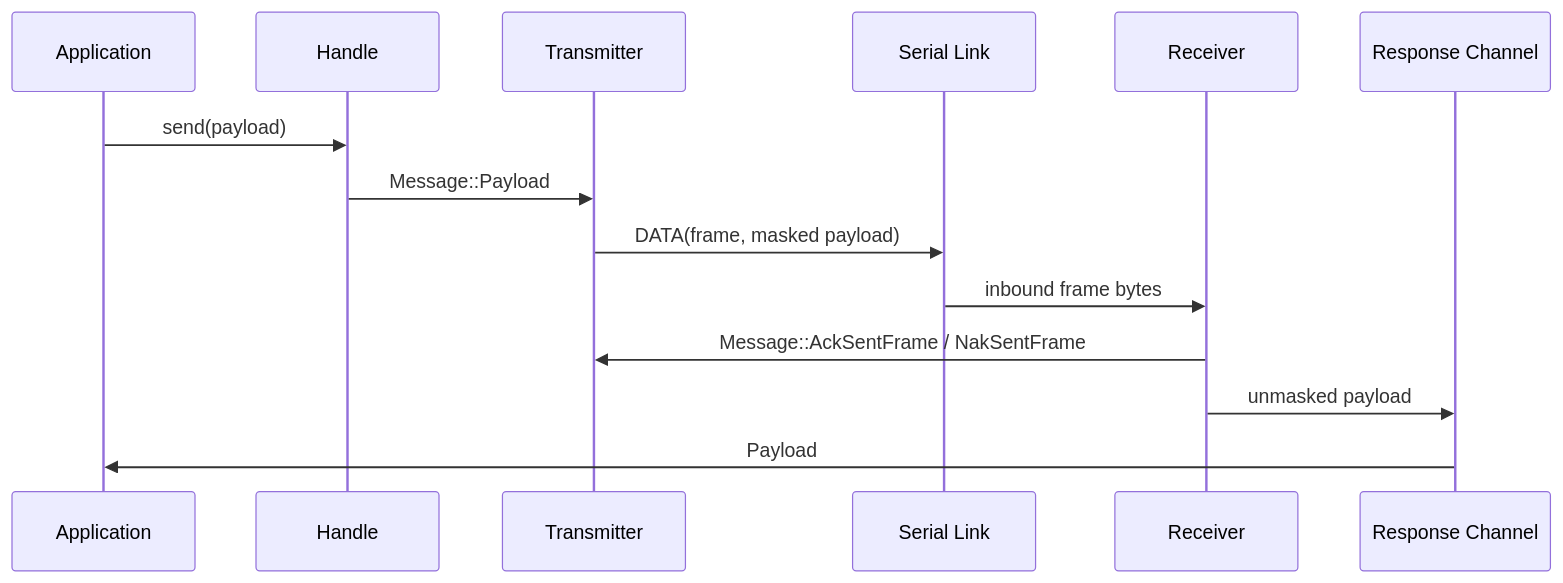
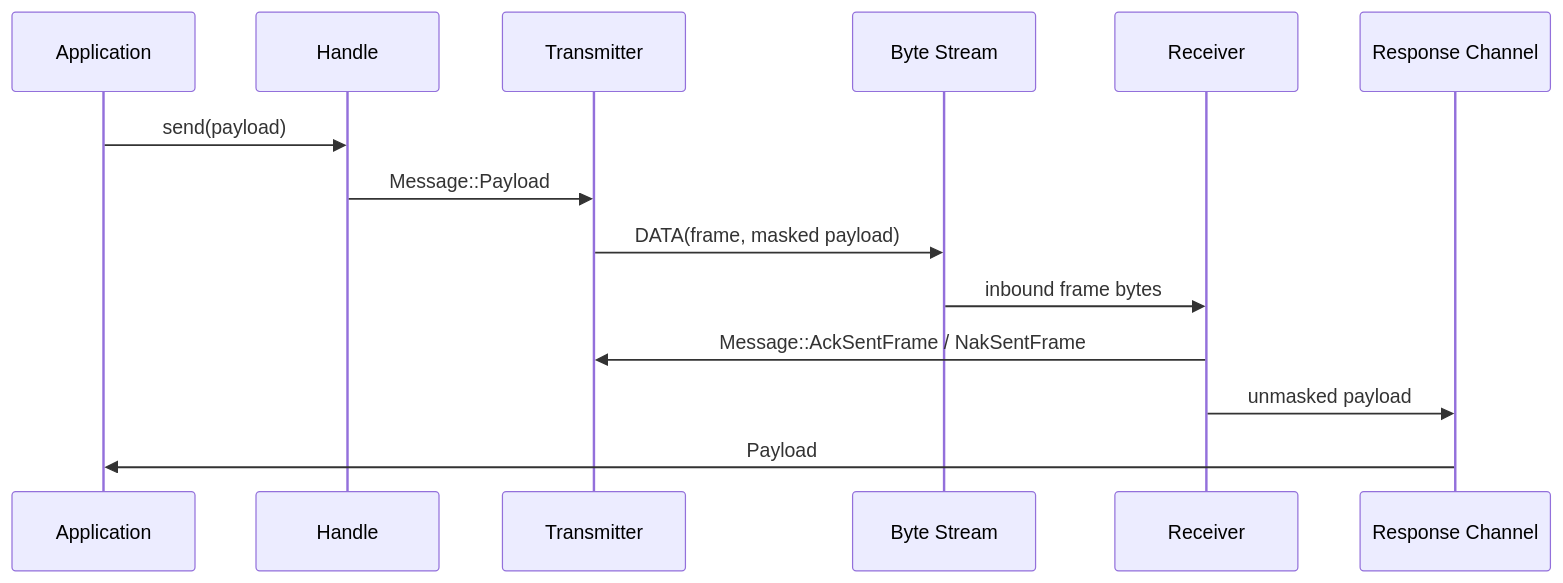
The third of 5 diagrams in ARCHITECTURE.md (PaulmannLighting/ashv2), drawn with Mermaid before and after one commit. The commit also changed other lines of this file and 8 other files, not shown here.

````diff
--- a/ARCHITECTURE.md
+++ b/ARCHITECTURE.md
@@ -129,17 +126,17 @@
 ```mermaid
 sequenceDiagram
     participant A as Application
     participant H as Handle
     participant T as Transmitter
-    participant S as Serial Link
+    participant S as Byte Stream
     participant R as Receiver
     participant Q as Response Channel
 
     A->>H: send(payload)
     H->>T: Message::Payload
     T->>S: DATA(frame, masked payload)
     S->>R: inbound frame bytes
     R->>T: Message::AckSentFrame / NakSentFrame
     R->>Q: unmasked payload
     Q->>A: Payload
 ```
````
